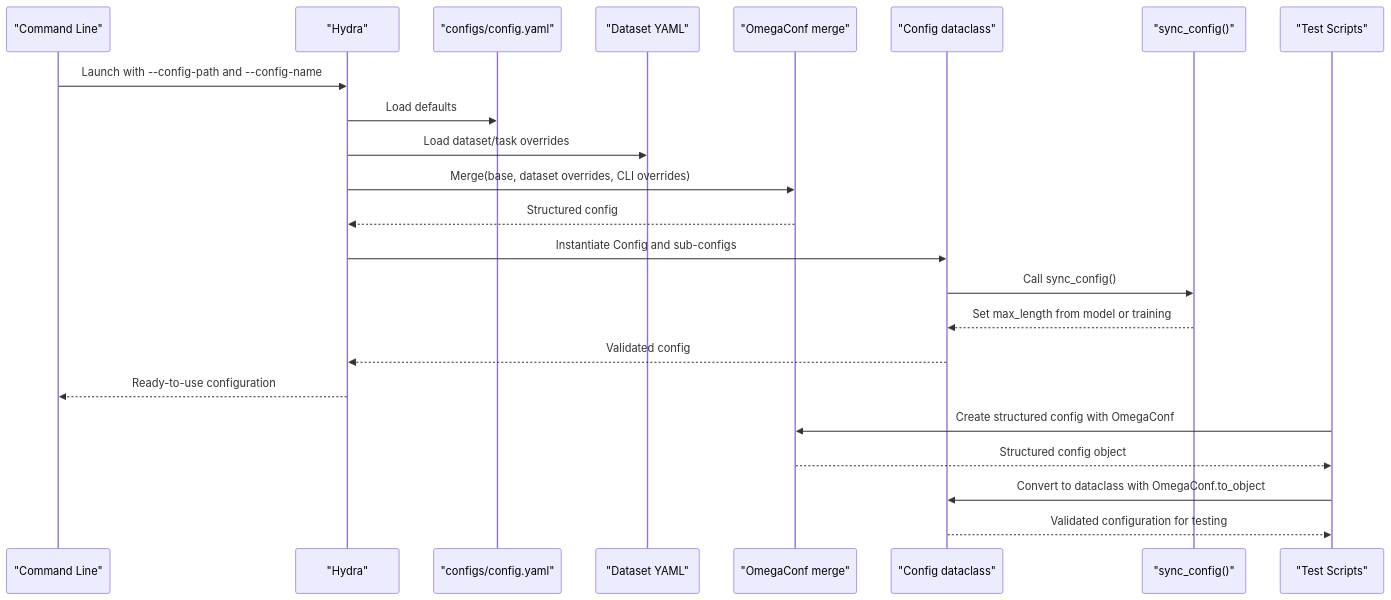
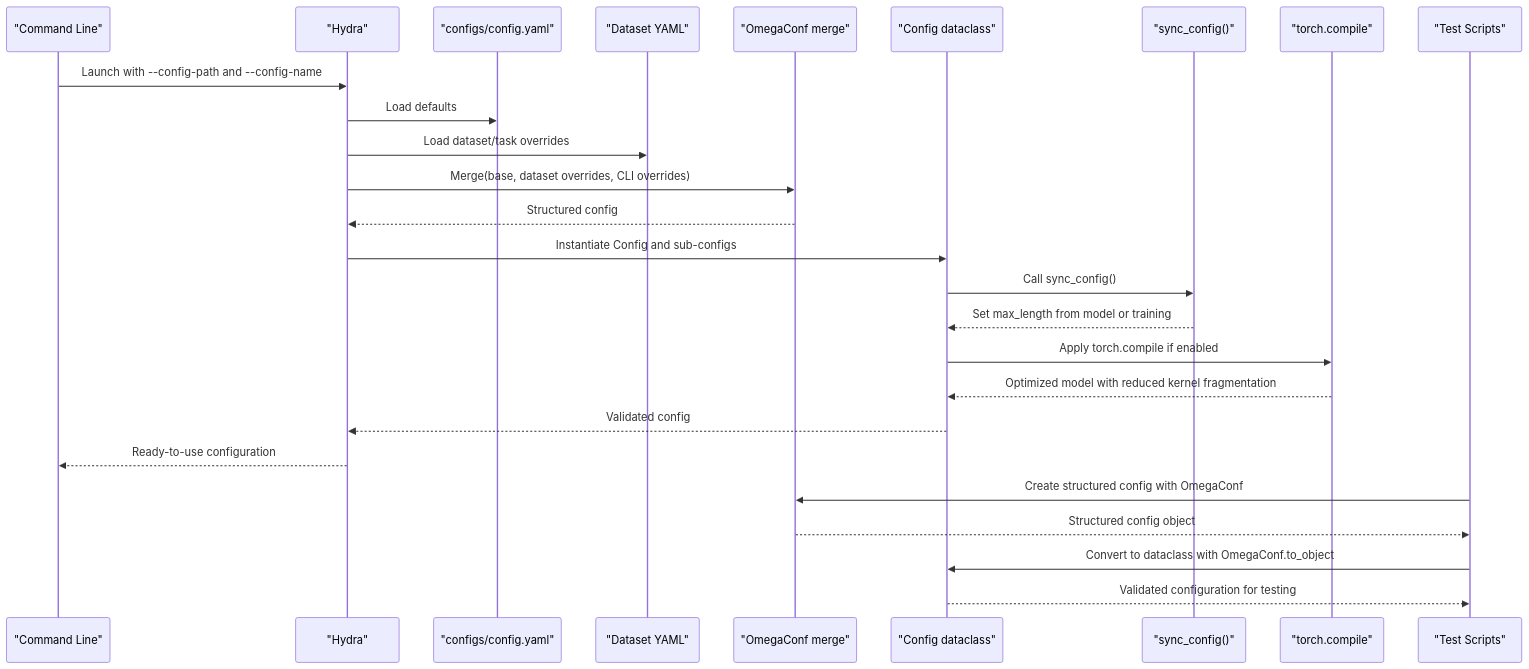
The eighth of 12 diagrams in .qoder/repowiki/en/content/Configuration System/Configuration System.md (alibaba/graph-gpt), drawn with Mermaid before and after one commit. The commit also changed other lines of this file and 2 other files, not shown here.

````diff
--- a/.qoder/repowiki/en/content/Configuration System/Configuration System.md
+++ b/.qoder/repowiki/en/content/Configuration System/Configuration System.md
@@ -423,25 +456,28 @@
 ```mermaid
 sequenceDiagram
 participant CLI as "Command Line"
 participant Hydra as "Hydra"
 participant Base as "configs/config.yaml"
 participant DS as "Dataset YAML"
 participant Merge as "OmegaConf merge"
 participant DC as "Config dataclass"
 participant Sync as "sync_config()"
+participant Compile as "torch.compile"
 participant Test as "Test Scripts"
 CLI->>Hydra : Launch with --config-path and --config-name
 Hydra->>Base : Load defaults
 Hydra->>DS : Load dataset/task overrides
 Hydra->>Merge : Merge(base, dataset overrides, CLI overrides)
 Merge-->>Hydra : Structured config
 Hydra->>DC : Instantiate Config and sub-configs
 DC->>Sync : Call sync_config()
 Sync-->>DC : Set max_length from model or training
+DC->>Compile : Apply torch.compile if enabled
+Compile-->>DC : Optimized model with reduced kernel fragmentation
 DC-->>Hydra : Validated config
 Hydra-->>CLI : Ready-to-use configuration
 Test->>Merge : Create structured config with OmegaConf
 Merge-->>Test : Structured config object
 Test->>DC : Convert to dataclass with OmegaConf.to_object
 DC-->>Test : Validated configuration for testing
 ```
````
